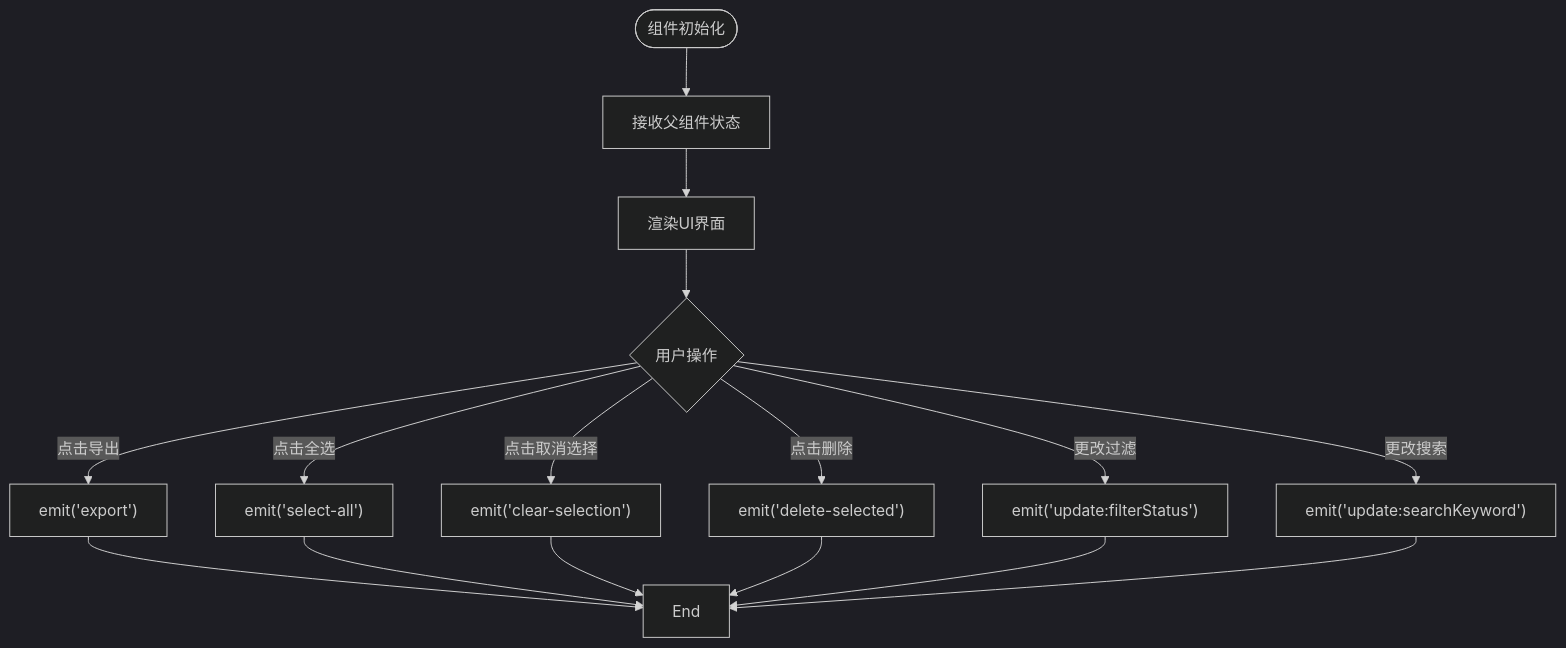
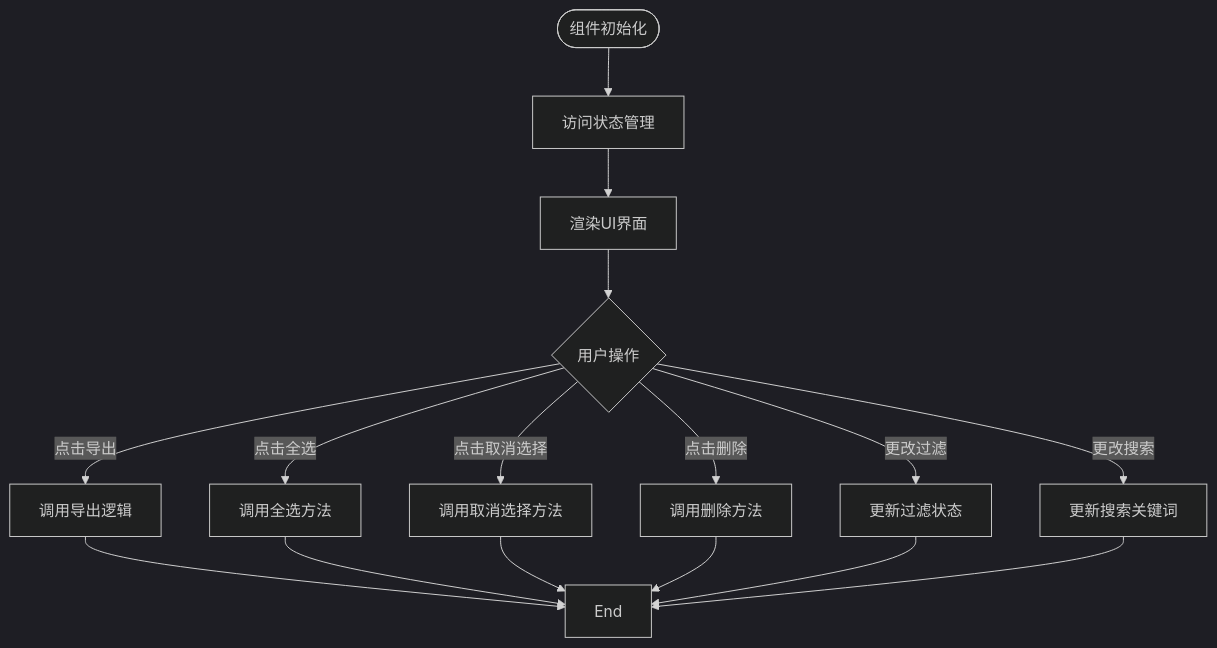
Before and after one commit to dunhuixiao/FinanceTools: the fourth of 5 diagrams in .qoder/repowiki/zh/content/组件架构设计/操作控制栏组件.md, drawn with Mermaid (dark theme). The commit also changed other lines of this file and 4 other files, not shown here.

````diff
--- a/.qoder/repowiki/zh/content/组件架构设计/操作控制栏组件.md
+++ b/.qoder/repowiki/zh/content/组件架构设计/操作控制栏组件.md
@@ -122,18 +106,18 @@
 ```mermaid
 flowchart TD
-Start([组件初始化]) --> ReceiveProps["接收父组件状态"]
-ReceiveProps --> RenderUI["渲染UI界面"]
+Start([组件初始化]) --> AccessStore["访问状态管理"]
+AccessStore --> RenderUI["渲染UI界面"]
 RenderUI --> UserAction{"用户操作"}
-UserAction --> |点击导出| EmitExport["emit('export')"]
-UserAction --> |点击全选| EmitSelectAll["emit('select-all')"]
-UserAction --> |点击取消选择| EmitClearSelection["emit('clear-selection')"]
-UserAction --> |点击删除| EmitDeleteSelected["emit('delete-selected')"]
-UserAction --> |更改过滤| EmitFilterChange["emit('update:filterStatus')"]
-UserAction --> |更改搜索| EmitSearchChange["emit('update:searchKeyword')"]
-EmitExport --> End
-EmitSelectAll --> End
-EmitClearSelection --> End
-EmitDeleteSelected --> End
-EmitFilterChange --> End
-EmitSearchChange --> End
+UserAction --> |点击导出| CallExport["调用导出逻辑"]
+UserAction --> |点击全选| CallSelectAll["调用全选方法"]
+UserAction --> |点击取消选择| CallClearSelection["调用取消选择方法"]
+UserAction --> |点击删除| CallDeleteSelected["调用删除方法"]
+UserAction --> |更改过滤| UpdateFilter["更新过滤状态"]
+UserAction --> |更改搜索| UpdateSearch["更新搜索关键词"]
+CallExport --> End
+CallSelectAll --> End
+CallClearSelection --> End
+CallDeleteSelected --> End
+UpdateFilter --> End
+UpdateSearch --> End
 ```
````
